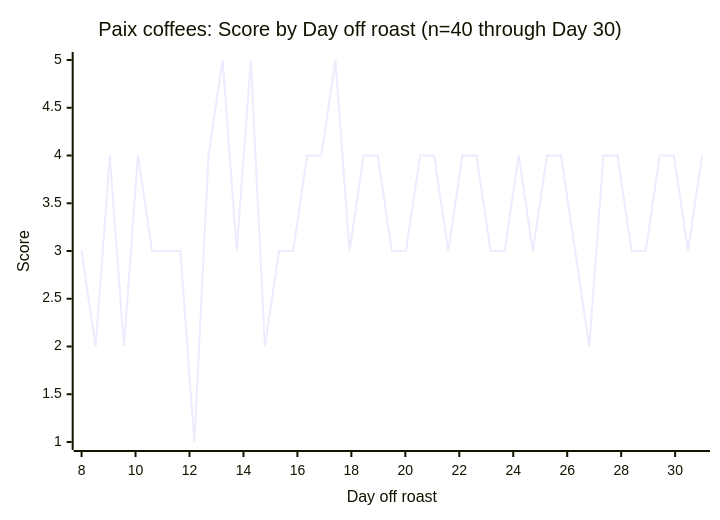
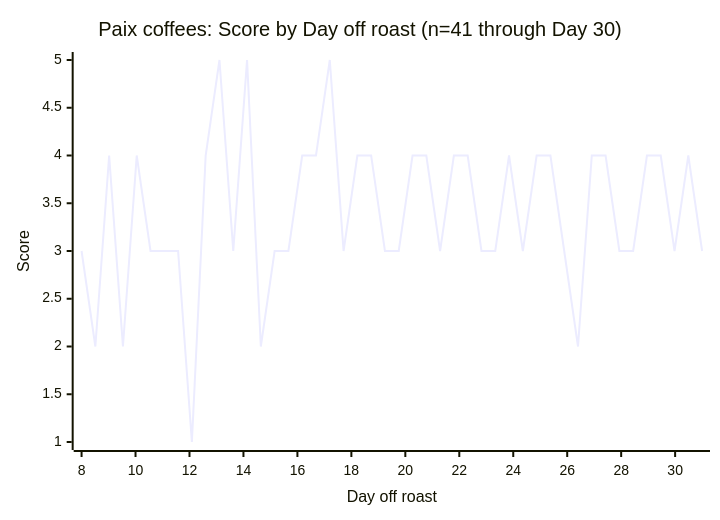
One commit to manuscriptmastr/coffee-journal changed the fifth of 7 diagrams in joshua-martin/profile.md. Above: the diagram before and after it, drawn with Mermaid. The commit also changed other lines of this file, not shown here.

First line of the commit message:
Log Paix Blue Strudel D30 6.45 S3 spiral

````diff
--- a/joshua-martin/profile.md
+++ b/joshua-martin/profile.md
@@ -399,7 +400,7 @@
 ```mermaid
 xychart-beta
-    title "Paix coffees: Score by Day off roast (n=40 through Day 30)"
+    title "Paix coffees: Score by Day off roast (n=41 through Day 30)"
     x-axis "Day off roast" 8 --> 31
     y-axis "Score" 1 --> 5
-    line [3, 2, 4, 2, 4, 3, 3, 3, 1, 4, 5, 3, 5, 2, 3, 3, 4, 4, 5, 3, 4, 4, 3, 3, 4, 4, 3, 4, 4, 3, 3, 4, 3, 4, 4, 3, 2, 4, 4, 3, 3, 4, 4, 3, 4]
+    line [3, 2, 4, 2, 4, 3, 3, 3, 1, 4, 5, 3, 5, 2, 3, 3, 4, 4, 5, 3, 4, 4, 3, 3, 4, 4, 3, 4, 4, 3, 3, 4, 3, 4, 4, 3, 2, 4, 4, 3, 3, 4, 4, 3, 4, 3]
 ```
````
